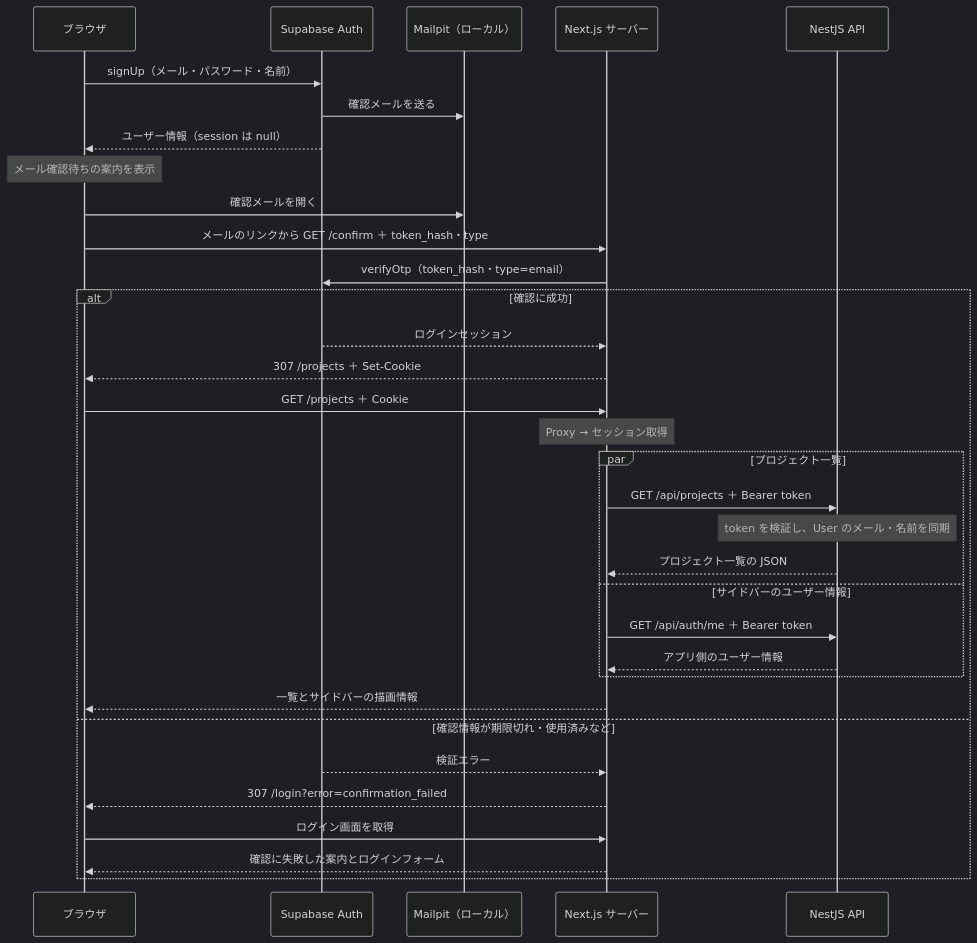
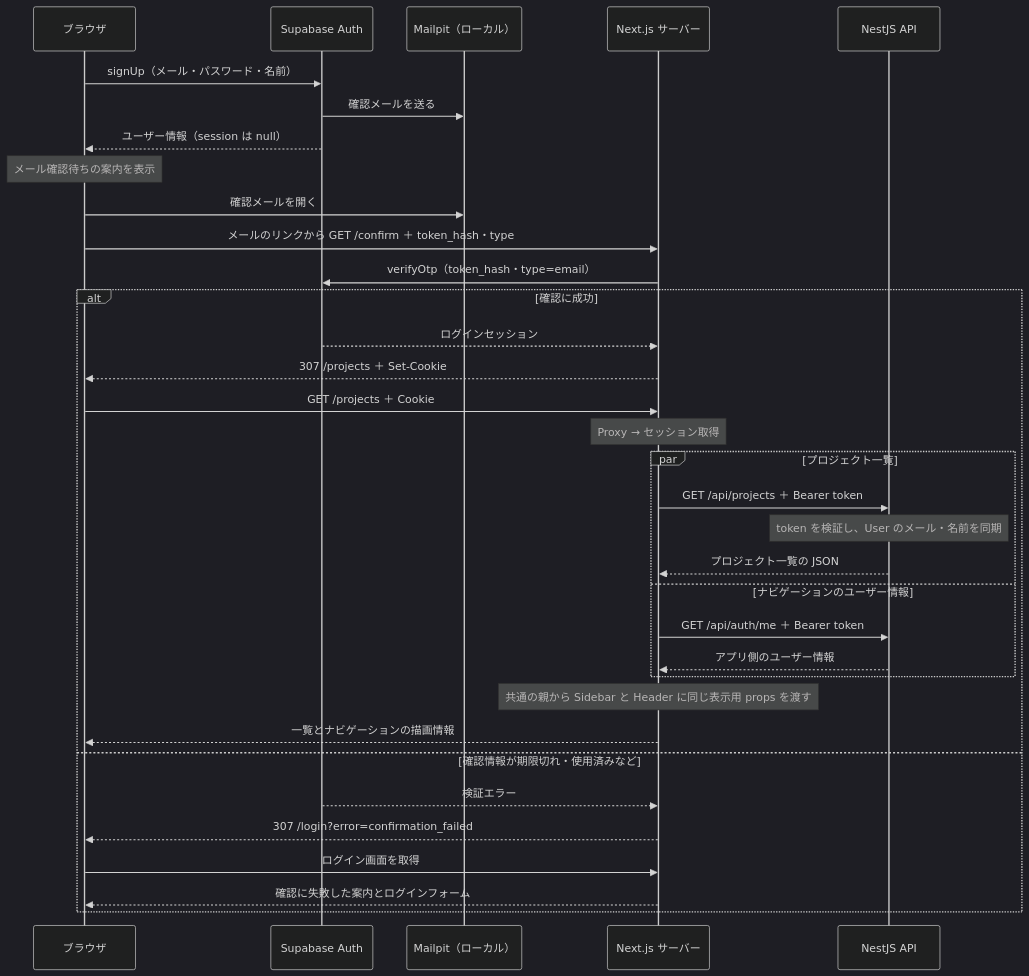
The diagram in docs/WEB_AUTH_REGISTRATION_FLOW.md (kazutakanakamura711/redmine-next-nest), drawn with Mermaid (dark theme) before and after one commit. The commit also changed other lines of this file and 10 other files, not shown here.

````diff
--- a/docs/WEB_AUTH_REGISTRATION_FLOW.md
+++ b/docs/WEB_AUTH_REGISTRATION_FLOW.md
@@ -9,36 +9,37 @@
 ```mermaid
 sequenceDiagram
     participant B as ブラウザ
     participant S as Supabase Auth
     participant M as Mailpit（ローカル）
     participant N as Next.js サーバー
     participant A as NestJS API
 
     B->>S: signUp（メール・パスワード・名前）
     S->>M: 確認メールを送る
     S-->>B: ユーザー情報（session は null）
     Note over B: メール確認待ちの案内を表示
     B->>M: 確認メールを開く
     B->>N: メールのリンクから GET /confirm ＋ token_hash・type
     N->>S: verifyOtp（token_hash・type=email）
     alt 確認に成功
         S-->>N: ログインセッション
         N-->>B: 307 /projects ＋ Set-Cookie
         B->>N: GET /projects ＋ Cookie
         Note over N: Proxy → セッション取得
         par プロジェクト一覧
             N->>A: GET /api/projects ＋ Bearer token
             Note over A: token を検証し、User のメール・名前を同期
             A-->>N: プロジェクト一覧の JSON
-        and サイドバーのユーザー情報
+        and ナビゲーションのユーザー情報
             N->>A: GET /api/auth/me ＋ Bearer token
             A-->>N: アプリ側のユーザー情報
         end
-        N-->>B: 一覧とサイドバーの描画情報
+        Note over N: 共通の親から Sidebar と Header に同じ表示用 props を渡す
+        N-->>B: 一覧とナビゲーションの描画情報
     else 確認情報が期限切れ・使用済みなど
         S-->>N: 検証エラー
         N-->>B: 307 /login?error=confirmation_failed
         B->>N: ログイン画面を取得
         N-->>B: 確認に失敗した案内とログインフォーム
     end
 ```
````
